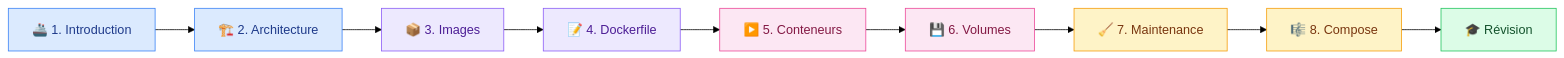
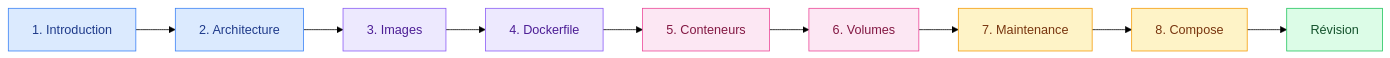
One commit to GoobyWoobies/HEIA-IT changed the diagram in methodologie-securite-it/docker/README.md. Above: the diagram before and after it, drawn with Mermaid (forest theme). The commit also changed other lines of this file and 24 other files, not shown here.

````diff
--- a/methodologie-securite-it/docker/README.md
+++ b/methodologie-securite-it/docker/README.md
@@ -61,21 +61,21 @@
 ```mermaid
 flowchart LR
-    A["🚢 1. Introduction"] --> B["🏗️ 2. Architecture"]
-    B --> C["📦 3. Images"]
-    C --> D["📝 4. Dockerfile"]
-    D --> E["▶️ 5. Conteneurs"]
-    E --> F["💾 6. Volumes"]
-    F --> G["🧹 7. Maintenance"]
-    G --> H["🎼 8. Compose"]
-    H --> I["🎓 Révision"]
+    A["1. Introduction"] --> B["2. Architecture"]
+    B --> C["3. Images"]
+    C --> D["4. Dockerfile"]
+    D --> E["5. Conteneurs"]
+    E --> F["6. Volumes"]
+    F --> G["7. Maintenance"]
+    G --> H["8. Compose"]
+    H --> I["Révision"]
 
     style A fill:#dbeafe,stroke:#3b82f6,color:#1e3a8a
     style B fill:#dbeafe,stroke:#3b82f6,color:#1e3a8a
     style C fill:#ede9fe,stroke:#8b5cf6,color:#4c1d95
     style D fill:#ede9fe,stroke:#8b5cf6,color:#4c1d95
     style E fill:#fce7f3,stroke:#ec4899,color:#831843
     style F fill:#fce7f3,stroke:#ec4899,color:#831843
     style G fill:#fef3c7,stroke:#f59e0b,color:#78350f
     style H fill:#fef3c7,stroke:#f59e0b,color:#78350f
     style I fill:#dcfce7,stroke:#22c55e,color:#14532d
 ```
````
